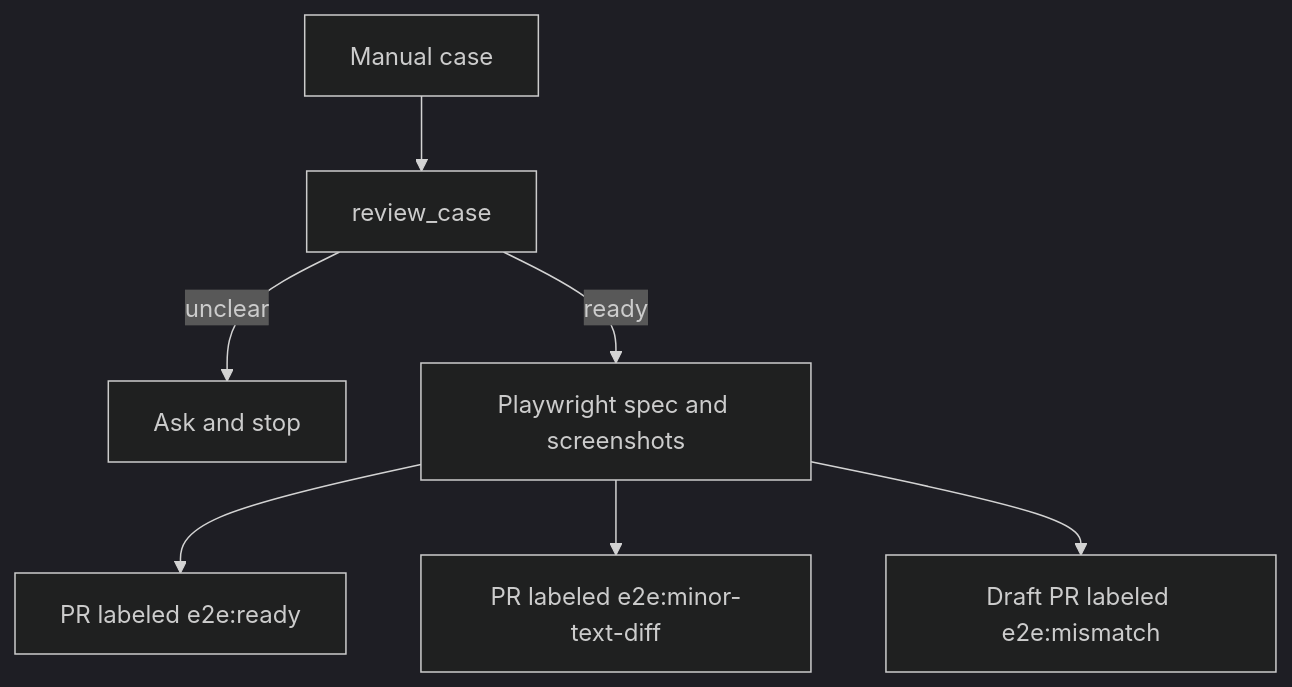
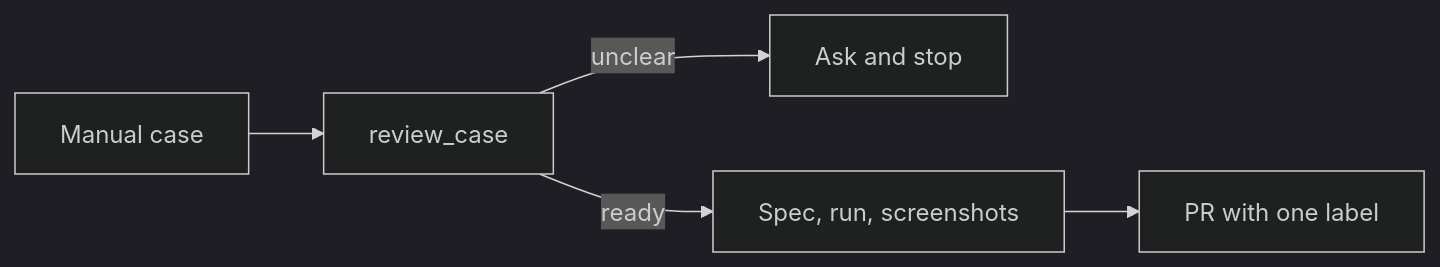
Before and after one commit to bogdanOwner/e2e-qa-pilot: the diagram in README.md, drawn with Mermaid (dark theme). The commit also changed other lines of this file and 6 other files, not shown here.

````diff
--- a/README.md
+++ b/README.md
@@ -56,9 +41,7 @@
 ```mermaid
-flowchart TD
+flowchart LR
   caseIn[Manual case] --> reviewCase[review_case]
   reviewCase -->|unclear| askStop[Ask and stop]
-  reviewCase -->|ready| buildSpec[Playwright spec and screenshots]
-  buildSpec --> readyLabel["PR labeled e2e:ready"]
-  buildSpec --> minorLabel["PR labeled e2e:minor-text-diff"]
-  buildSpec --> mismatchLabel["Draft PR labeled e2e:mismatch"]
+  reviewCase -->|ready| buildSpec[Spec, run, screenshots]
+  buildSpec --> pr[PR with one label]
 ```
````
